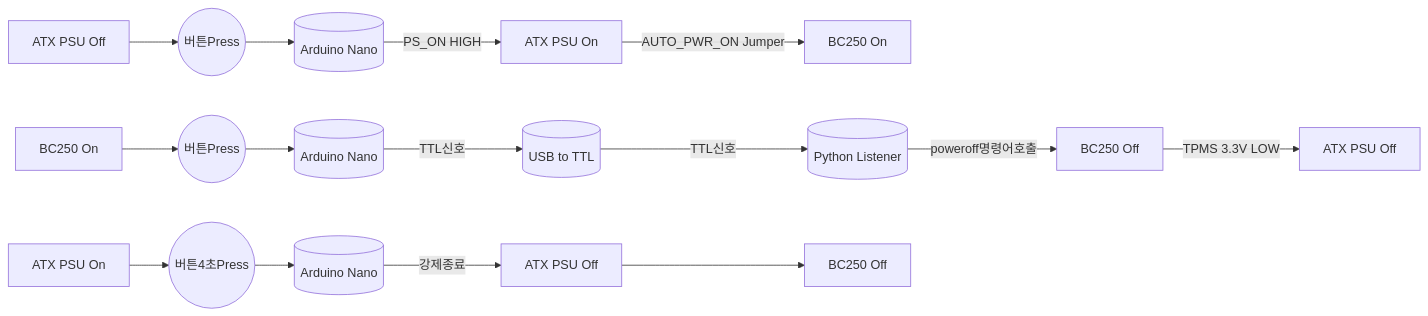
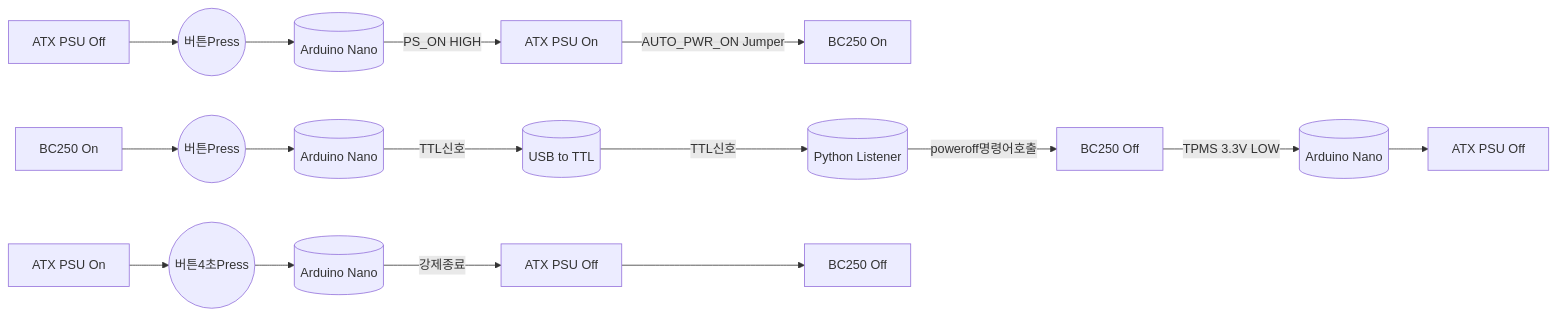
One commit to coolsolgit/BC250-ATX-PSU-Control changed the diagram in README.md. Above: the diagram before and after it, drawn with Mermaid. The commit also changed other lines of this file, not shown here.

````diff
--- a/README.md
+++ b/README.md
@@ -23,17 +23,18 @@
 ```mermaid
 flowchart LR
 A1[ATX PSU Off] --> B1((버튼Press))
   B1 --> C1[(Arduino Nano)]
   C1 -->|PS_ON HIGH| D1[ATX PSU On]
   D1 -->|AUTO_PWR_ON Jumper| E1[BC250 On]
 A2[BC250 On] --> B2((버튼Press))
   B2 --> C2[(Arduino Nano)]
   C2 -->|TTL신호| D2[(USB to TTL)]
   D2 -->|TTL신호| E2[(Python Listener)]
   E2 -->|poweroff명령어호출| F2[BC250 Off]
-  F2 -->|TPMS 3.3V LOW| G2[ATX PSU Off]
+  F2 -->|TPMS 3.3V LOW| G2[(Arduino Nano)]
+  G2 --> H2[ATX PSU Off]
 A3[ATX PSU On] --> B3((버튼4초Press))
   B3 --> C3[(Arduino Nano)]
   C3 -->|강제종료| D3[ATX PSU Off]
   D3 --> E3[BC250 Off]
 ```
````
